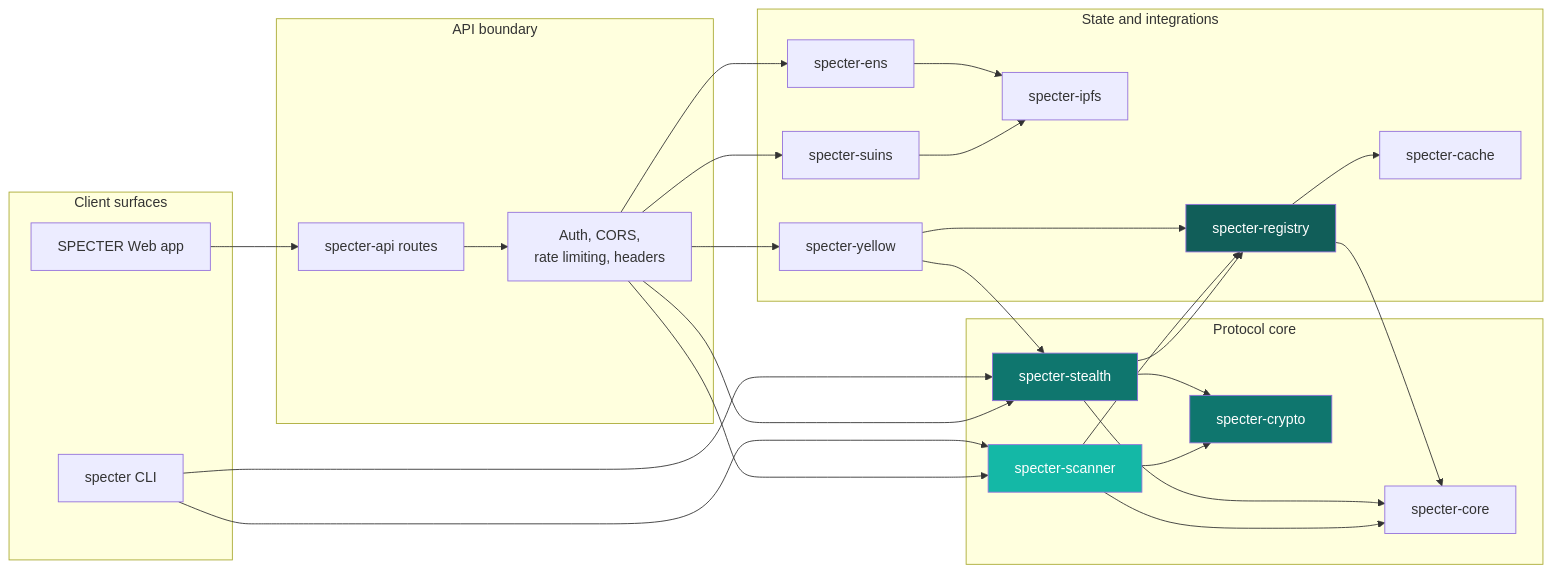
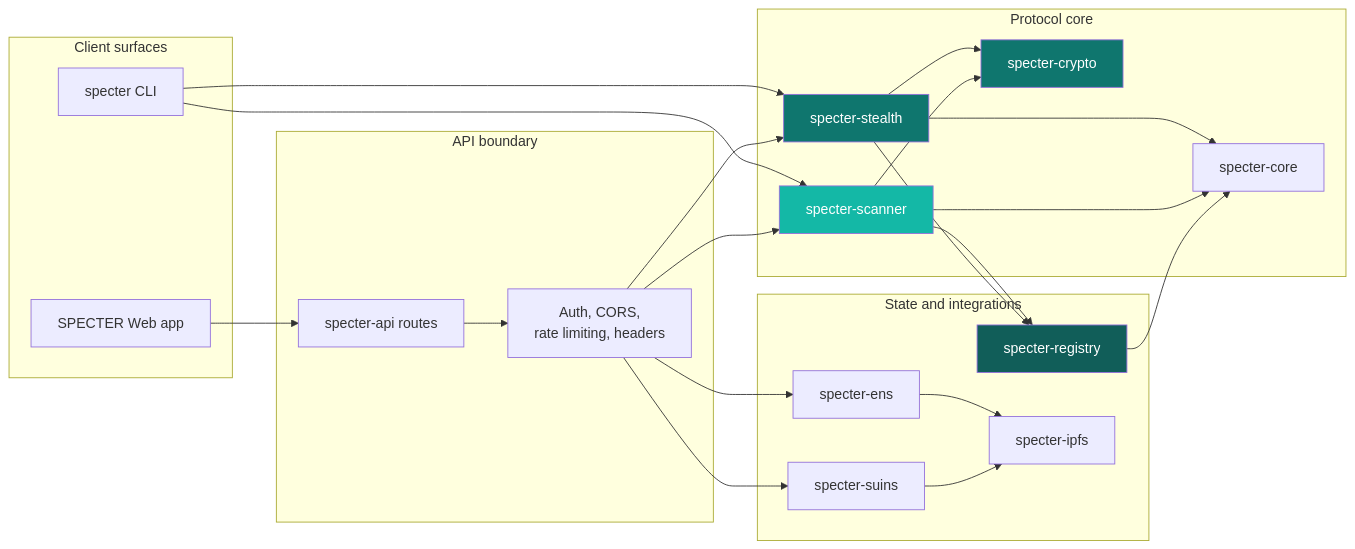
Before and after one commit to specter-privacy/docs: the first of 3 diagrams in docs/how-it-works/architecture.mdx, drawn with Mermaid. The commit also changed other lines of this file and 30 other files, not shown here.

````diff
--- a/docs/how-it-works/architecture.mdx
+++ b/docs/how-it-works/architecture.mdx
@@ -10,57 +10,51 @@
 ```mermaid
 flowchart LR
     subgraph Client["Client surfaces"]
         UI["SPECTER Web app"]
         CLI["specter CLI"]
     end
 
     subgraph API["API boundary"]
         Routes["specter-api routes"]
         MW["Auth, CORS,\nrate limiting, headers"]
     end
 
     subgraph Core["Protocol core"]
         CoreTypes["specter-core"]
         Crypto["specter-crypto"]
         Stealth["specter-stealth"]
         Scanner["specter-scanner"]
     end
 
     subgraph Services["State and integrations"]
         Registry["specter-registry"]
-        Cache["specter-cache"]
         ENS["specter-ens"]
         SuiNS["specter-suins"]
         IPFS["specter-ipfs"]
-        Yellow["specter-yellow"]
     end
 
     UI --> Routes
     CLI --> Stealth
     CLI --> Scanner
 
     Routes --> MW
     MW --> Stealth
     MW --> Scanner
     MW --> ENS
     MW --> SuiNS
-    MW --> Yellow
 
     Stealth --> Crypto
     Scanner --> Registry
     Scanner --> Crypto
     ENS --> IPFS
     SuiNS --> IPFS
-    Yellow --> Stealth
-    Yellow --> Registry
     Stealth --> Registry
-    Registry --> Cache
     Stealth --> CoreTypes
     Scanner --> CoreTypes
     Registry --> CoreTypes
 
     style Crypto fill:#0F766E,color:#fff
     style Stealth fill:#0F766E,color:#fff
     style Scanner fill:#14B8A6,color:#fff
     style Registry fill:#115E59,color:#fff
 ```
````
